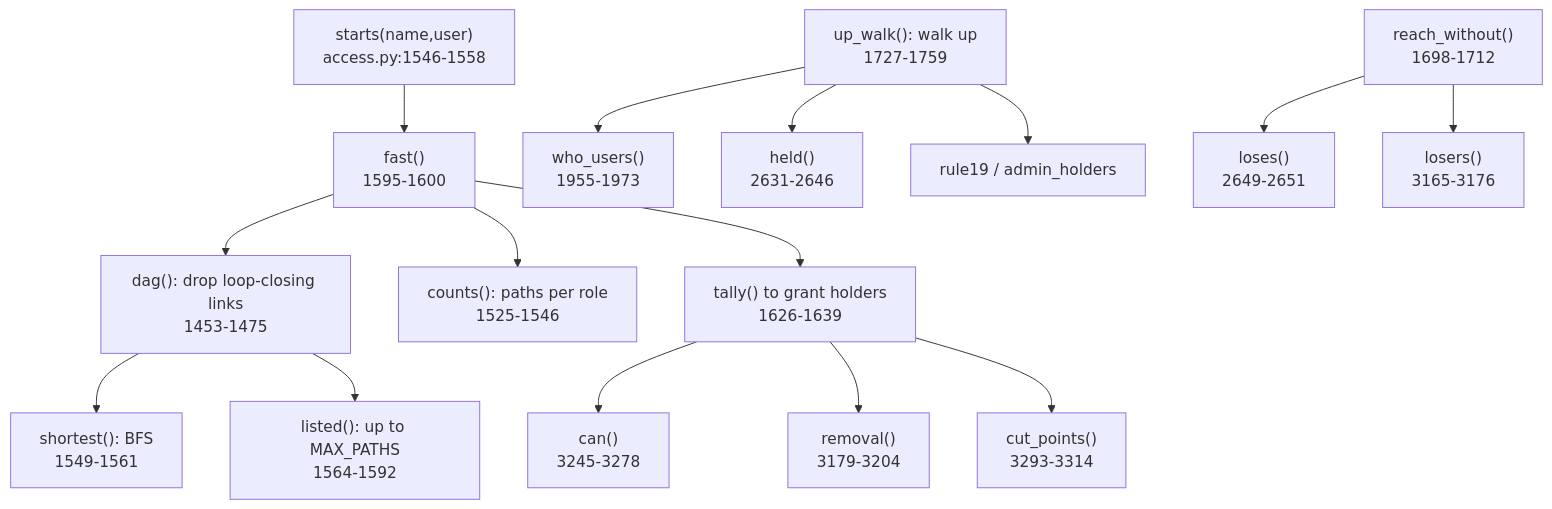
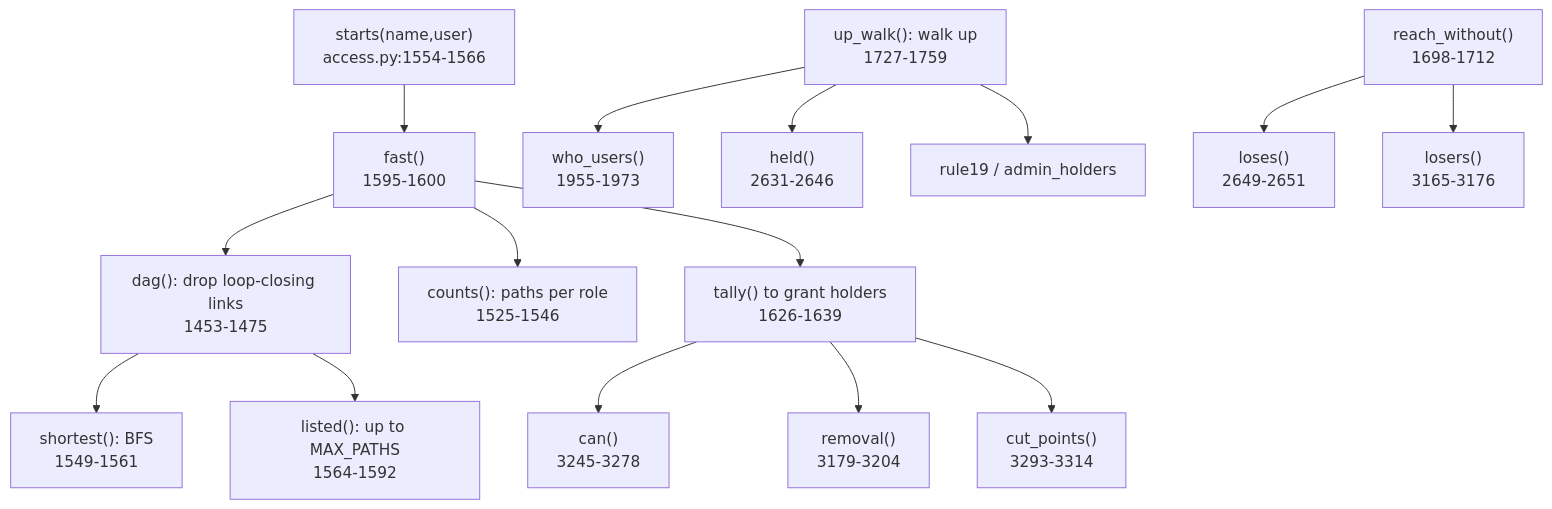
Before and after one commit to darshanmeel/snowflake-access-explorer: the diagram in snowflake-access-explorer-knowledge-graph/logic/walks.md, drawn with Mermaid. The commit also changed other lines of this file and 73 other files, not shown here.

Commit message:
Knowledge graph: review fixes (escaped SQL names, CSV head rows, own queries out in Snowflake, UTC window, snapshot re-read, answer cache, docs)

````diff
--- a/snowflake-access-explorer-knowledge-graph/logic/walks.md
+++ b/snowflake-access-explorer-knowledge-graph/logic/walks.md
@@ -6,17 +6,17 @@
 ```mermaid
 flowchart TD
-  ST["starts(name,user)<br/>access.py:1546-1558"] --> FA["fast()<br/>1595-1600"]
+  ST["starts(name,user)<br/>access.py:1554-1566"] --> FA["fast()<br/>1595-1600"]
   FA --> DAG["dag(): drop loop-closing links<br/>1453-1475"]
   FA --> CNT["counts(): paths per role<br/>1525-1546"]
   DAG --> SH["shortest(): BFS<br/>1549-1561"]
   DAG --> LI["listed(): up to MAX_PATHS<br/>1564-1592"]
   FA --> TA["tally() to grant holders<br/>1626-1639"]
   TA --> CAN["can()<br/>3245-3278"]
   TA --> REM["removal()<br/>3179-3204"]
   TA --> CUT["cut_points()<br/>3293-3314"]
   UW["up_walk(): walk up<br/>1727-1759"] --> WU["who_users()<br/>1955-1973"]
   UW --> HE["held()<br/>2631-2646"]
   UW --> R19["rule19 / admin_holders"]
   RW["reach_without()<br/>1698-1712"] --> LO["loses()<br/>2649-2651"]
   RW --> LS["losers()<br/>3165-3176"]
 ```
````
